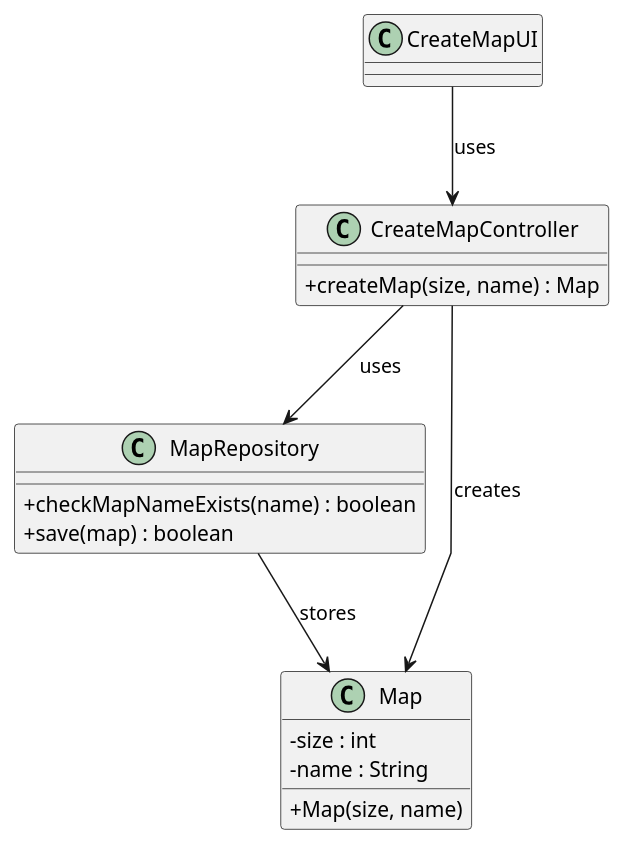
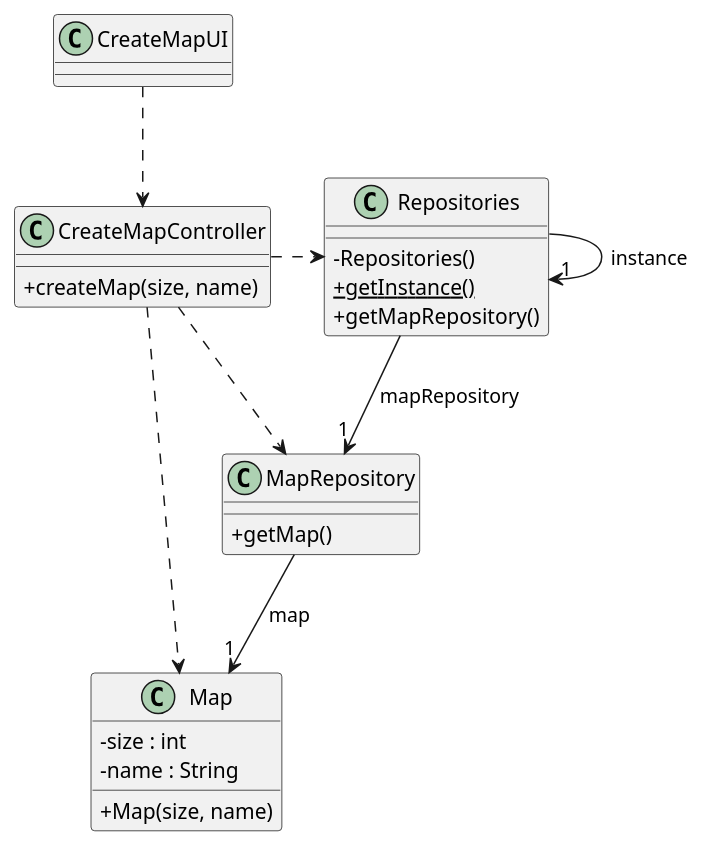
One commit to 1240935/pi2-railway-simulator changed the diagram in Sprint2/US001/03.design/puml/US001-CD.puml. Above: the diagram before and after it, drawn with PlantUML. The commit also changed 10 other files, not shown here.

```diff
--- a/Sprint2/US001/03.design/puml/US001-CD.puml
+++ b/Sprint2/US001/03.design/puml/US001-CD.puml
@@ -1,39 +1,47 @@
 @startuml
 'skinparam monochrome true
 skinparam packageStyle rectangle
 skinparam shadowing false
 skinparam linetype polyline
 'skinparam linetype orto
 
 skinparam classAttributeIconSize 0
 
 'left to right direction
 
 
 class CreateMapUI {
 
 }
 
 class CreateMapController {
-  + createMap(size, name) : Map
+  +createMap(size, name)
 }
 
 class MapRepository {
-  + checkMapNameExists(name) : boolean
-  + save(map) : boolean
+   +getMap()
+}
+
+class Repositories {
+    - Repositories()
+    + {static} getInstance()
+    + getMapRepository()
 }
 
 class Map {
   - size : int
   - name : String
-
   + Map(size, name)
 
 }
 
-CreateMapUI --> CreateMapController : uses
-CreateMapController --> MapRepository : uses
-CreateMapController --> Map : creates
-MapRepository --> Map : stores
+CreateMapUI ..> CreateMapController
+CreateMapController .> Repositories
+CreateMapController ..> MapRepository
+CreateMapController ..> Map
+MapRepository --> "1" Map : map
+Repositories --> "1" MapRepository : mapRepository
+Repositories -> "1" Repositories : instance
+
 
 @enduml
```
